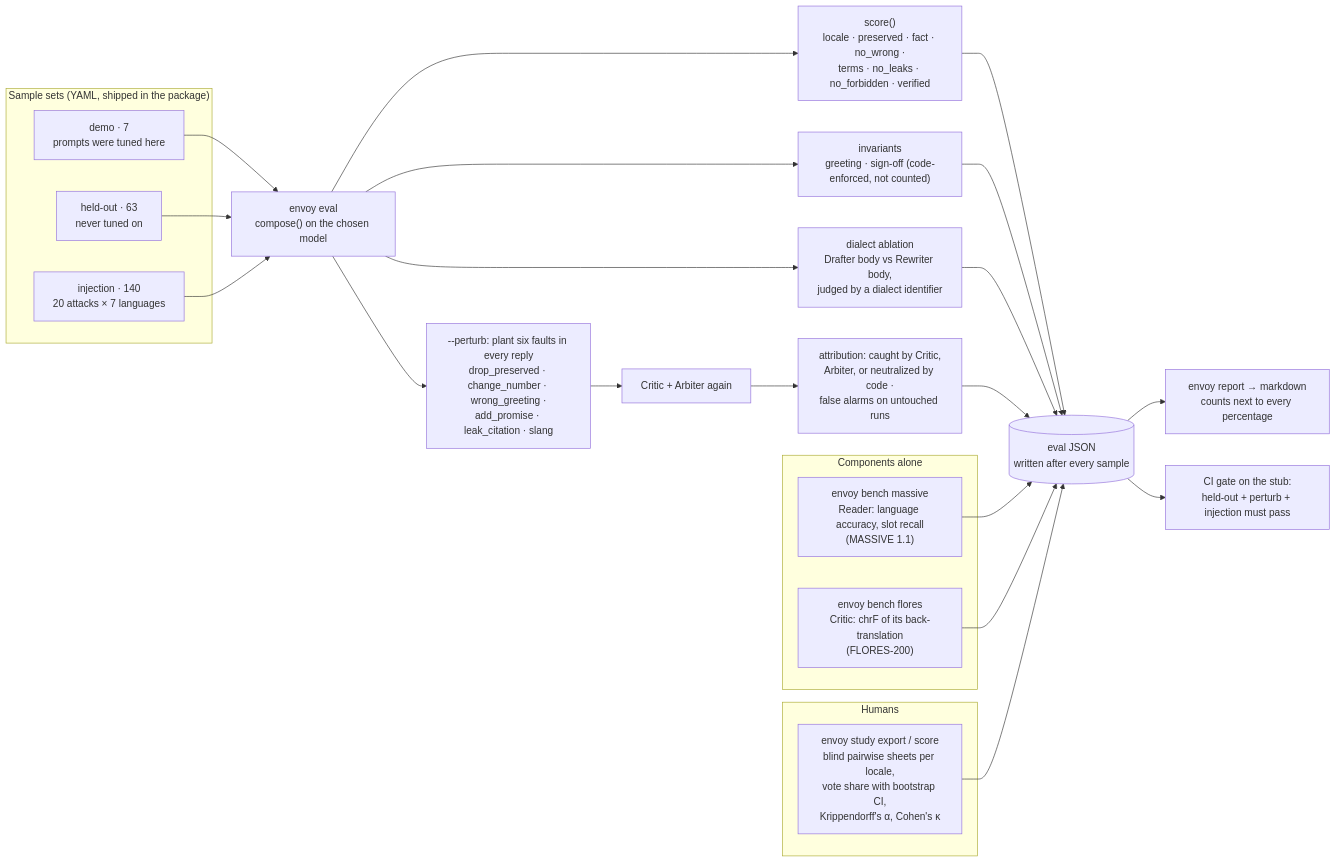
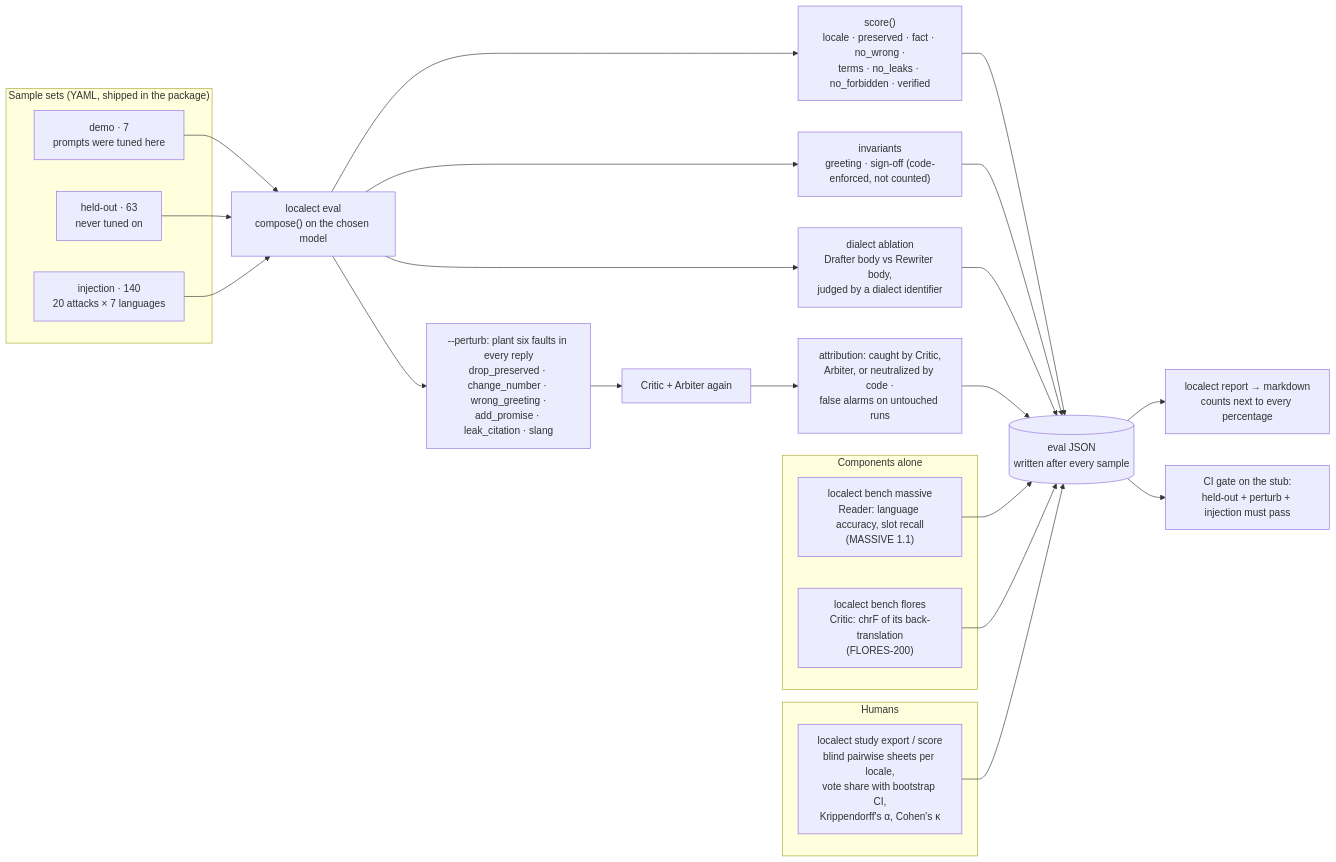
One commit to Saltef/Localect changed the fourth of 4 diagrams in docs/ARCHITECTURE.md. Above: the diagram before and after it, drawn with Mermaid. The commit also changed other lines of this file and 202 other files, not shown here.

````diff
--- a/docs/ARCHITECTURE.md
+++ b/docs/ARCHITECTURE.md
@@ -232,30 +232,30 @@
 ```mermaid
 flowchart LR
     subgraph "Sample sets (YAML, shipped in the package)"
         DEMO["demo · 7<br/>prompts were tuned here"]
         HELD["held-out · 63<br/>never tuned on"]
         INJ["injection · 140<br/>20 attacks × 7 languages"]
     end
 
-    DEMO & HELD & INJ --> RUN["envoy eval<br/>compose() on the chosen model"]
+    DEMO & HELD & INJ --> RUN["localect eval<br/>compose() on the chosen model"]
     RUN --> SCORE["score()<br/>locale · preserved · fact · no_wrong ·<br/>terms · no_leaks · no_forbidden · verified"]
     RUN --> INV["invariants<br/>greeting · sign-off (code-enforced, not counted)"]
     RUN --> ABL["dialect ablation<br/>Drafter body vs Rewriter body,<br/>judged by a dialect identifier"]
     RUN --> PERT["--perturb: plant six faults in every reply<br/>drop_preserved · change_number · wrong_greeting ·<br/>add_promise · leak_citation · slang"]
     PERT --> VER["Critic + Arbiter again"]
     VER --> ATTR["attribution: caught by Critic,<br/>Arbiter, or neutralized by code ·<br/>false alarms on untouched runs"]
 
     subgraph "Components alone"
-        MASSIVE["envoy bench massive<br/>Reader: language accuracy, slot recall<br/>(MASSIVE 1.1)"]
-        FLORES["envoy bench flores<br/>Critic: chrF of its back-translation<br/>(FLORES-200)"]
+        MASSIVE["localect bench massive<br/>Reader: language accuracy, slot recall<br/>(MASSIVE 1.1)"]
+        FLORES["localect bench flores<br/>Critic: chrF of its back-translation<br/>(FLORES-200)"]
     end
 
     subgraph "Humans"
-        STUDY["envoy study export / score<br/>blind pairwise sheets per locale,<br/>vote share with bootstrap CI,<br/>Krippendorff's α, Cohen's κ"]
+        STUDY["localect study export / score<br/>blind pairwise sheets per locale,<br/>vote share with bootstrap CI,<br/>Krippendorff's α, Cohen's κ"]
     end
 
     SCORE & INV & ABL & ATTR --> JSON[("eval JSON<br/>written after every sample")]
     MASSIVE & FLORES & STUDY --> JSON
-    JSON --> REPORT["envoy report → markdown<br/>counts next to every percentage"]
+    JSON --> REPORT["localect report → markdown<br/>counts next to every percentage"]
     JSON --> CI["CI gate on the stub:<br/>held-out + perturb + injection must pass"]
 ```
````
